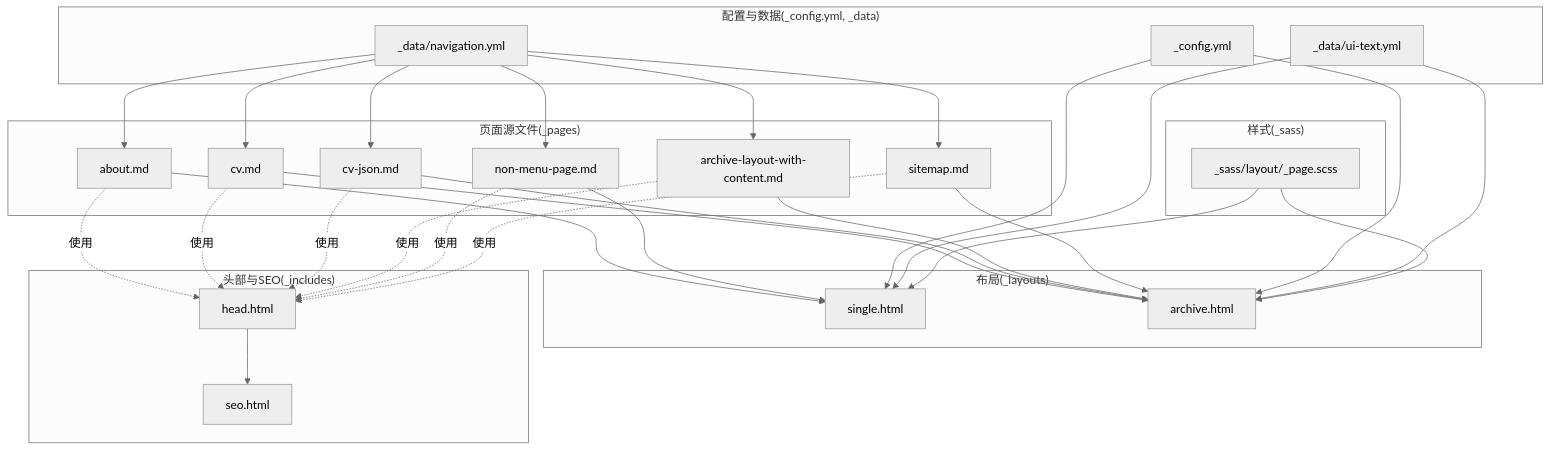
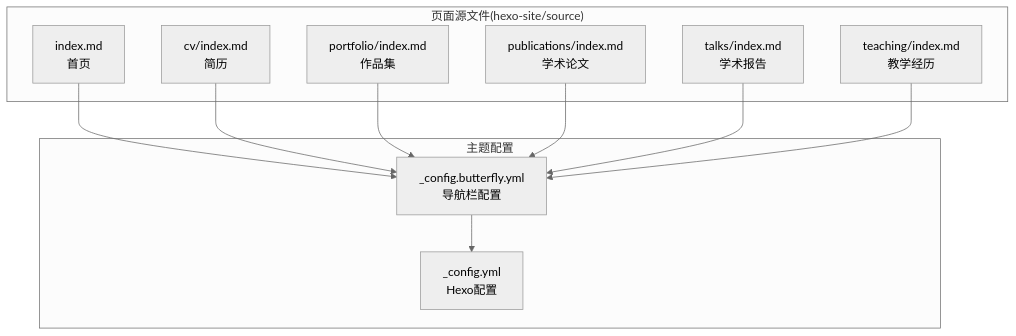
The first of 4 diagrams in .qoder/repowiki/zh/content/项目概述/核心功能特性/内容管理系统/页面管理.md (CoolPig0720/CoolPig0720.github.io), drawn with Mermaid (neutral theme) before and after one commit. The commit also changed other lines of this file and 36 other files, not shown here.

````diff
--- a/.qoder/repowiki/zh/content/项目概述/核心功能特性/内容管理系统/页面管理.md
+++ b/.qoder/repowiki/zh/content/项目概述/核心功能特性/内容管理系统/页面管理.md
@@ -45,52 +44,22 @@
 ```mermaid
 graph TB
-subgraph "页面源文件(_pages)"
-A["about.md"]
-B["cv.md"]
-C["cv-json.md"]
-D["archive-layout-with-content.md"]
-E["non-menu-page.md"]
-F["sitemap.md"]
+subgraph "页面源文件(hexo-site/source)"
+A["index.md<br/>首页"]
+B["cv/index.md<br/>简历"]
+C["portfolio/index.md<br/>作品集"]
+D["publications/index.md<br/>学术论文"]
+E["talks/index.md<br/>学术报告"]
+F["teaching/index.md<br/>教学经历"]
 end
-subgraph "布局(_layouts)"
-L1["single.html"]
-L2["archive.html"]
+subgraph "主题配置"
+T1["_config.butterfly.yml<br/>导航栏配置"]
+T2["_config.yml<br/>Hexo配置"]
 end
-subgraph "配置与数据(_config.yml, _data)"
-CFG["_config.yml"]
-NAV["_data/navigation.yml"]
-UITEXT["_data/ui-text.yml"]
-end
-subgraph "头部与SEO(_includes)"
-H["head.html"]
-S["seo.html"]
-end
-subgraph "样式(_sass)"
-SCSS["_sass/layout/_page.scss"]
-end
-A --> L1
-B --> L2
-C --> L2
-D --> L2
-E --> L1
-F --> L2
-A -.使用.-> H
-B -.使用.-> H
-C -.使用.-> H
-D -.使用.-> H
-E -.使用.-> H
-F -.使用.-> H
-H --> S
-CFG --> L1
-CFG --> L2
-NAV --> A
-NAV --> B
-NAV --> C
-NAV --> D
-NAV --> E
-NAV --> F
-UITEXT --> L1
-UITEXT --> L2
-SCSS --> L1
-SCSS --> L2
+A --> T1
+B --> T1
+C --> T1
+D --> T1
+E --> T1
+F --> T1
+T1 --> T2
 ```
````
